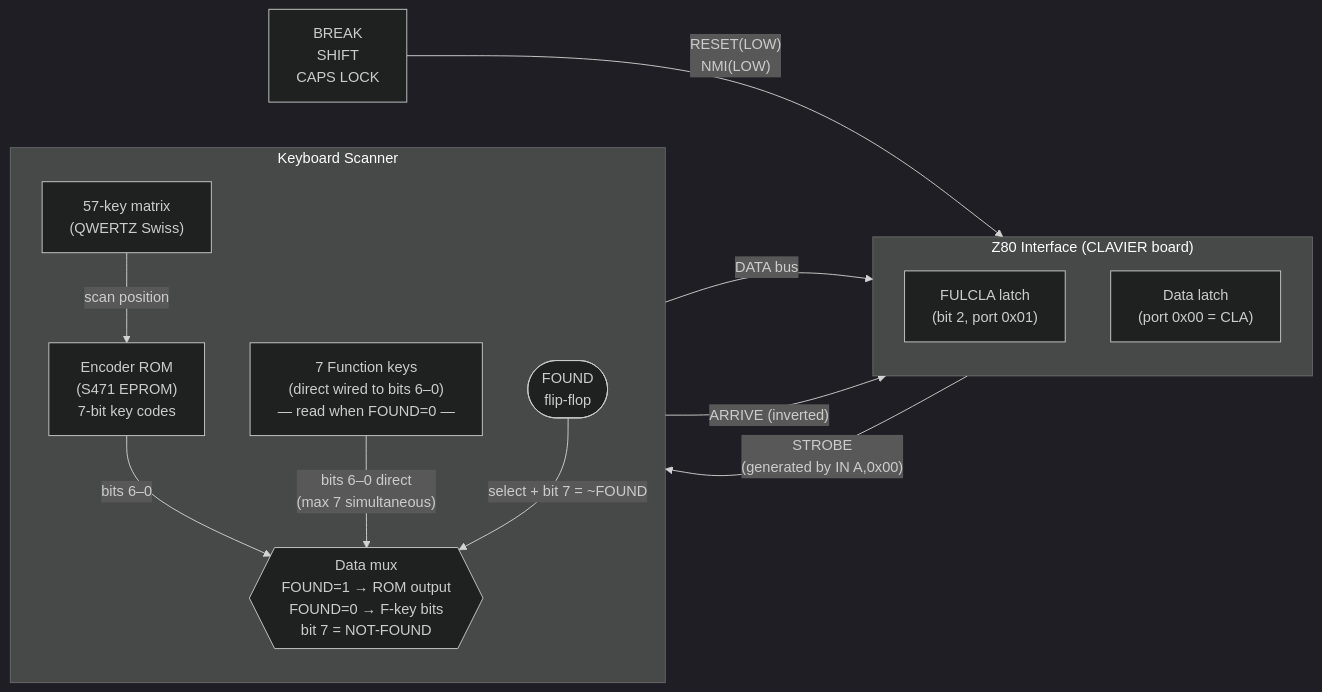
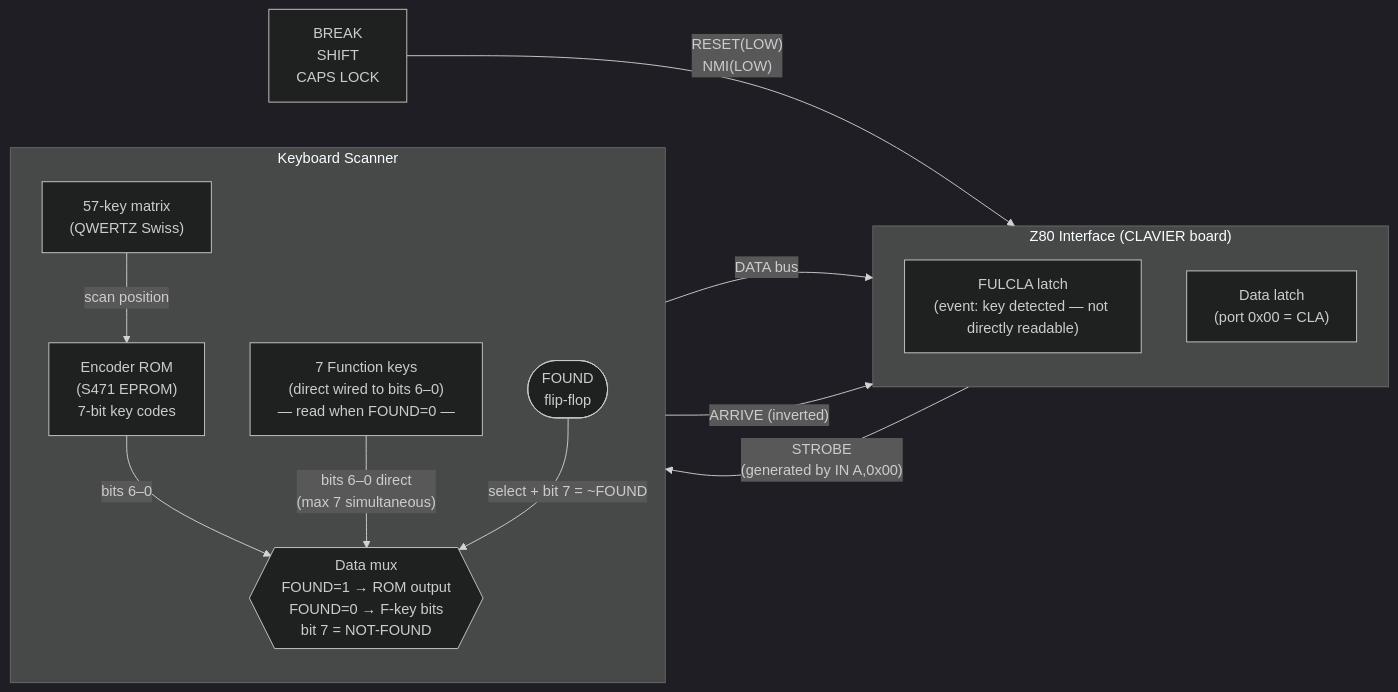
The second of 2 diagrams in docs/dev/HARDWARE.md (Sch-LikA/smemu6), drawn with Mermaid (dark theme) before and after one commit. The commit also changed other lines of this file and 2 other files, not shown here.

````diff
--- a/docs/dev/HARDWARE.md
+++ b/docs/dev/HARDWARE.md
@@ -352,41 +402,41 @@
 ```mermaid
 flowchart LR
     subgraph Z80IF["Z80 Interface (CLAVIER board)"]
         direction TB
-        FULCLA["FULCLA latch\n(bit 2, port 0x01)"]
+        FULCLA["FULCLA latch\n(event: key detected — not directly readable)"]
         DLATCH["Data latch\n(port 0x00 = CLA)"]
     end
 
     subgraph KBDSCAN["Keyboard Scanner"]
         direction TB
         FKEYS["7 Function keys\n(direct wired to bits 6–0)\n— read when FOUND=0 —"]
         MATRIX["57-key matrix\n(QWERTZ Swiss)"]
         ROM["Encoder ROM\n(S471 EPROM)\n7-bit key codes"]
         FOUND(["FOUND\nflip-flop"])
         MUX{{"Data mux\nFOUND=1 → ROM output\nFOUND=0 → F-key bits\nbit 7 = NOT-FOUND"}}
     end
 
     SPECKEYS["BREAK\nSHIFT\nCAPS LOCK"]
 
     %% Regular key path
     MATRIX -->|scan position| ROM
     ROM -->|bits 6–0| MUX
 
     %% Function key path (bypasses ROM)
     FKEYS -->|"bits 6–0 direct\n(max 7 simultaneous)"| MUX
 
     %% FOUND controls the mux and bit 7
     FOUND -->|"select + bit 7 = ~FOUND"| MUX
 
     %% Data from mux to Z80
     MUX -->|DATA bus| DLATCH
 
     %% ARRIVE: key pressed → sets FOUND + FULCLA
     FOUND -->|"ARRIVE (inverted)"| FULCLA
 
     %% STROBE: IN A,(0x00) → clears FOUND + FULCLA
     DLATCH -->|"STROBE\n(generated by IN A,0x00)"| FOUND
 
     %% Special keys → Z80 directly
     SPECKEYS -->|"RESET(LOW)\nNMI(LOW)"| Z80IF
 ```
````
